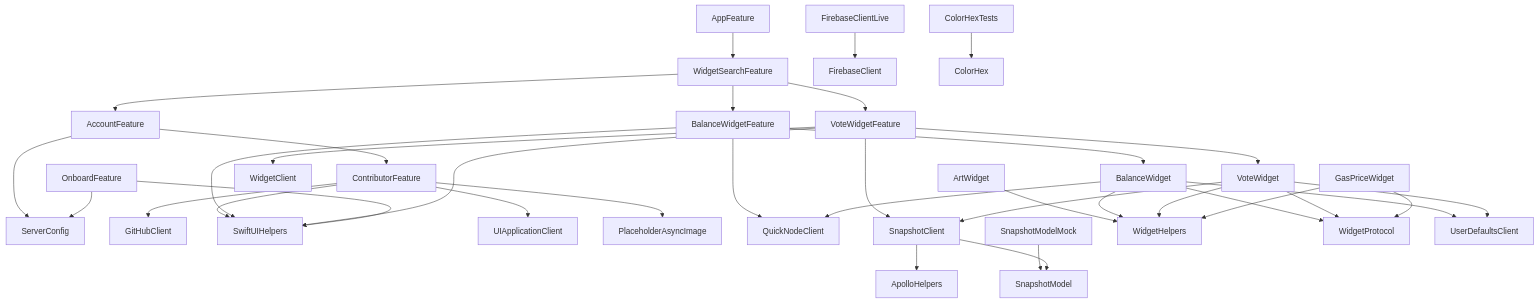
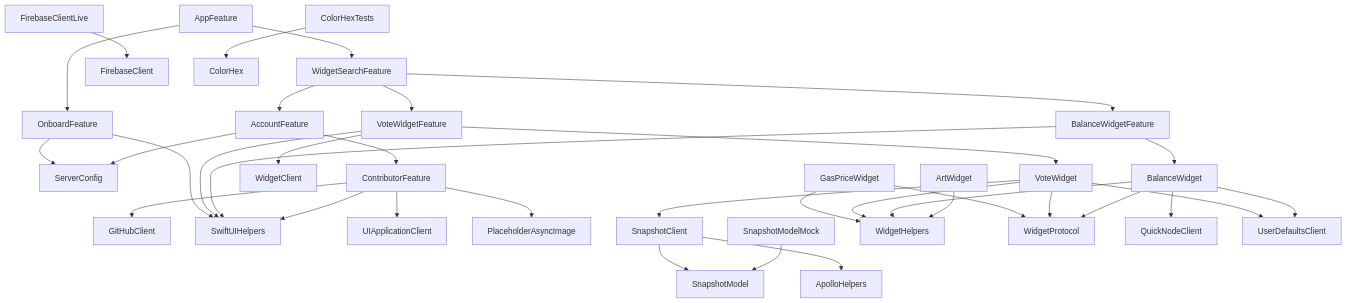
The diagram in caaaption/PackageDependencies.md (caaaption/caaaption), drawn with Mermaid before and after one commit.

````diff
--- a/caaaption/PackageDependencies.md
+++ b/caaaption/PackageDependencies.md
@@ -1,38 +1,37 @@
 ```mermaid
 graph TD;
     AppFeature-->WidgetSearchFeature;
+    AppFeature-->OnboardFeature;
     WidgetSearchFeature-->AccountFeature;
     WidgetSearchFeature-->BalanceWidgetFeature;
     WidgetSearchFeature-->VoteWidgetFeature;
     AccountFeature-->ServerConfig;
     AccountFeature-->ContributorFeature;
     ContributorFeature-->GitHubClient;
     ContributorFeature-->SwiftUIHelpers;
     ContributorFeature-->UIApplicationClient;
     ContributorFeature-->PlaceholderAsyncImage;
     BalanceWidgetFeature-->BalanceWidget;
     BalanceWidgetFeature-->SwiftUIHelpers;
-    BalanceWidgetFeature-->QuickNodeClient;
     VoteWidgetFeature-->VoteWidget;
     VoteWidgetFeature-->WidgetClient;
     VoteWidgetFeature-->SwiftUIHelpers;
-    VoteWidgetFeature-->SnapshotClient;
     OnboardFeature-->ServerConfig;
     OnboardFeature-->SwiftUIHelpers;
     SnapshotModelMock-->SnapshotModel;
     FirebaseClientLive-->FirebaseClient;
     SnapshotClient-->ApolloHelpers;
     SnapshotClient-->SnapshotModel;
     ColorHexTests-->ColorHex;
     ArtWidget-->WidgetHelpers;
     BalanceWidget-->WidgetHelpers;
     BalanceWidget-->WidgetProtocol;
     BalanceWidget-->QuickNodeClient;
     BalanceWidget-->UserDefaultsClient;
     VoteWidget-->WidgetHelpers;
     VoteWidget-->WidgetProtocol;
     VoteWidget-->UserDefaultsClient;
     VoteWidget-->SnapshotClient;
     GasPriceWidget-->WidgetHelpers;
     GasPriceWidget-->WidgetProtocol;
 ```
````
